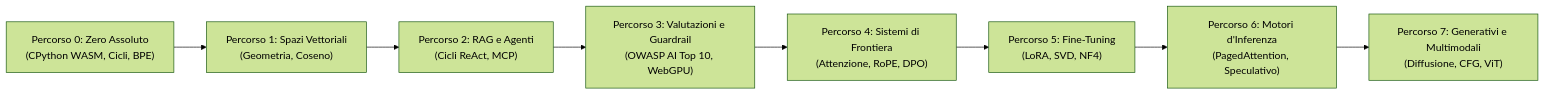
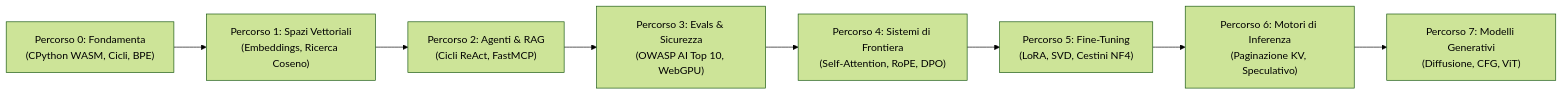
The first of 2 diagrams in docs/translations/README_it.md (Adilrafiq001/OpenGuideForAI), drawn with Mermaid (forest theme) before and after one commit. The commit also changed other lines of this file and 19 other files, not shown here.

````diff
--- a/docs/translations/README_it.md
+++ b/docs/translations/README_it.md
@@ -110,13 +74,13 @@
 ```mermaid
 graph LR
-    T0["Percorso 0: Zero Assoluto<br/>(CPython WASM, Cicli, BPE)"]
-    T1["Percorso 1: Spazi Vettoriali<br/>(Geometria, Coseno)"]
-    T2["Percorso 2: RAG e Agenti<br/>(Cicli ReAct, MCP)"]
-    T3["Percorso 3: Valutazioni e Guardrail<br/>(OWASP AI Top 10, WebGPU)"]
-    T4["Percorso 4: Sistemi di Frontiera<br/>(Attenzione, RoPE, DPO)"]
-    T5["Percorso 5: Fine-Tuning<br/>(LoRA, SVD, NF4)"]
-    T6["Percorso 6: Motori d'Inferenza<br/>(PagedAttention, Speculativo)"]
-    T7["Percorso 7: Generativi e Multimodali<br/>(Diffusione, CFG, ViT)"]
+    T0["Percorso 0: Fondamenta<br/>(CPython WASM, Cicli, BPE)"]
+    T1["Percorso 1: Spazi Vettoriali<br/>(Embeddings, Ricerca Coseno)"]
+    T2["Percorso 2: Agenti & RAG<br/>(Cicli ReAct, FastMCP)"]
+    T3["Percorso 3: Evals & Sicurezza<br/>(OWASP AI Top 10, WebGPU)"]
+    T4["Percorso 4: Sistemi di Frontiera<br/>(Self-Attention, RoPE, DPO)"]
+    T5["Percorso 5: Fine-Tuning<br/>(LoRA, SVD, Cestini NF4)"]
+    T6["Percorso 6: Motori di Inferenza<br/>(Paginazione KV, Speculativo)"]
+    T7["Percorso 7: Modelli Generativi<br/>(Diffusione, CFG, ViT)"]
 
     T0 --> T1 --> T2 --> T3 --> T4 --> T5 --> T6 --> T7
 ```
````
